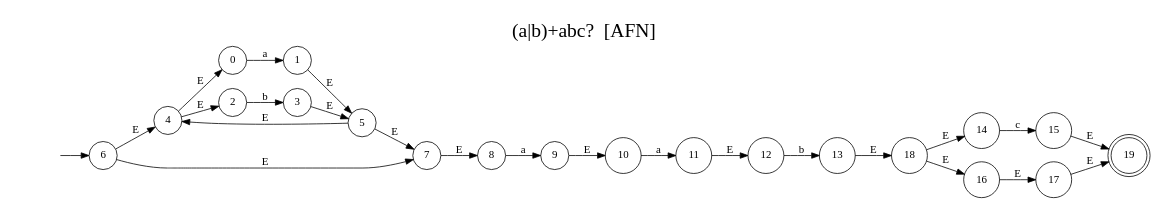
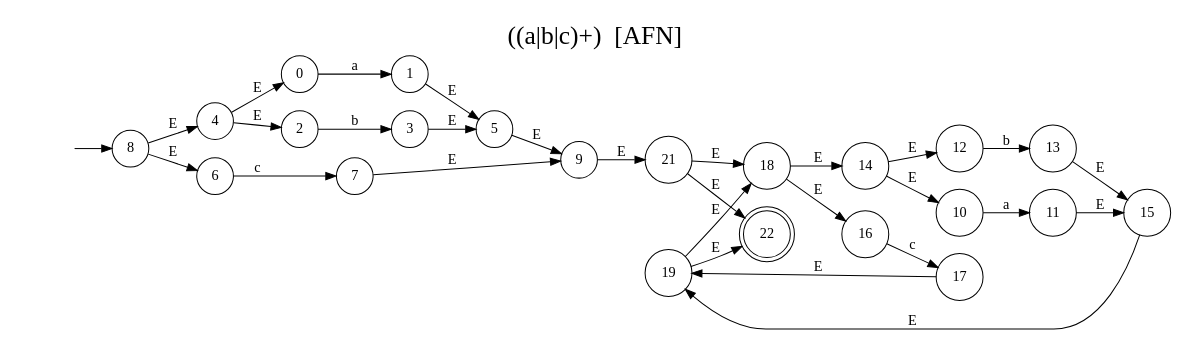
The diagram in docs/automataAFN.dot (CrisLayB/ProgrammingLanguageDesign), drawn with Graphviz before and after one commit. The commit also changed 13 other files, not shown here.

```diff
--- a/docs/automataAFN.dot
+++ b/docs/automataAFN.dot
@@ -1,37 +1,41 @@
 digraph "Resultado Automata AFN" {
-	label = "(a|b)+abc?  [AFN]"
+	label = "((a|b|c)+)  [AFN]"
 	labelloc  =  t
 	fontsize  = 25
 	rankdir=LR size="8,5"
 	node [shape=doublecircle]
-	19
+	22
 	node [shape=circle]
-	6
+	8
 	node [shape=none]
 	""
-	""-> 6 [label=""]
+	""-> 8 [label=""]
 	node [shape=circle]
 	0 -> 1[label="a"]
 	2 -> 3[label="b"]
 	4 -> 0[label="E"]
 	4 -> 2[label="E"]
 	1 -> 5[label="E"]
 	3 -> 5[label="E"]
-	5 -> 4[label="E"]
-	6 -> 7[label="E"]
-	6 -> 4[label="E"]
-	5 -> 7[label="E"]
-	8 -> 9[label="a"]
-	7 -> 8[label="E"]
+	6 -> 7[label="c"]
+	8 -> 4[label="E"]
+	8 -> 6[label="E"]
+	5 -> 9[label="E"]
+	7 -> 9[label="E"]
 	10 -> 11[label="a"]
-	9 -> 10[label="E"]
 	12 -> 13[label="b"]
-	11 -> 12[label="E"]
-	14 -> 15[label="c"]
-	16 -> 17[label="E"]
+	14 -> 10[label="E"]
+	14 -> 12[label="E"]
+	11 -> 15[label="E"]
+	13 -> 15[label="E"]
+	16 -> 17[label="c"]
 	18 -> 14[label="E"]
 	18 -> 16[label="E"]
 	15 -> 19[label="E"]
 	17 -> 19[label="E"]
-	13 -> 18[label="E"]
+	19 -> 18[label="E"]
+	21 -> 22[label="E"]
+	21 -> 18[label="E"]
+	19 -> 22[label="E"]
+	9 -> 21[label="E"]
 }
```
